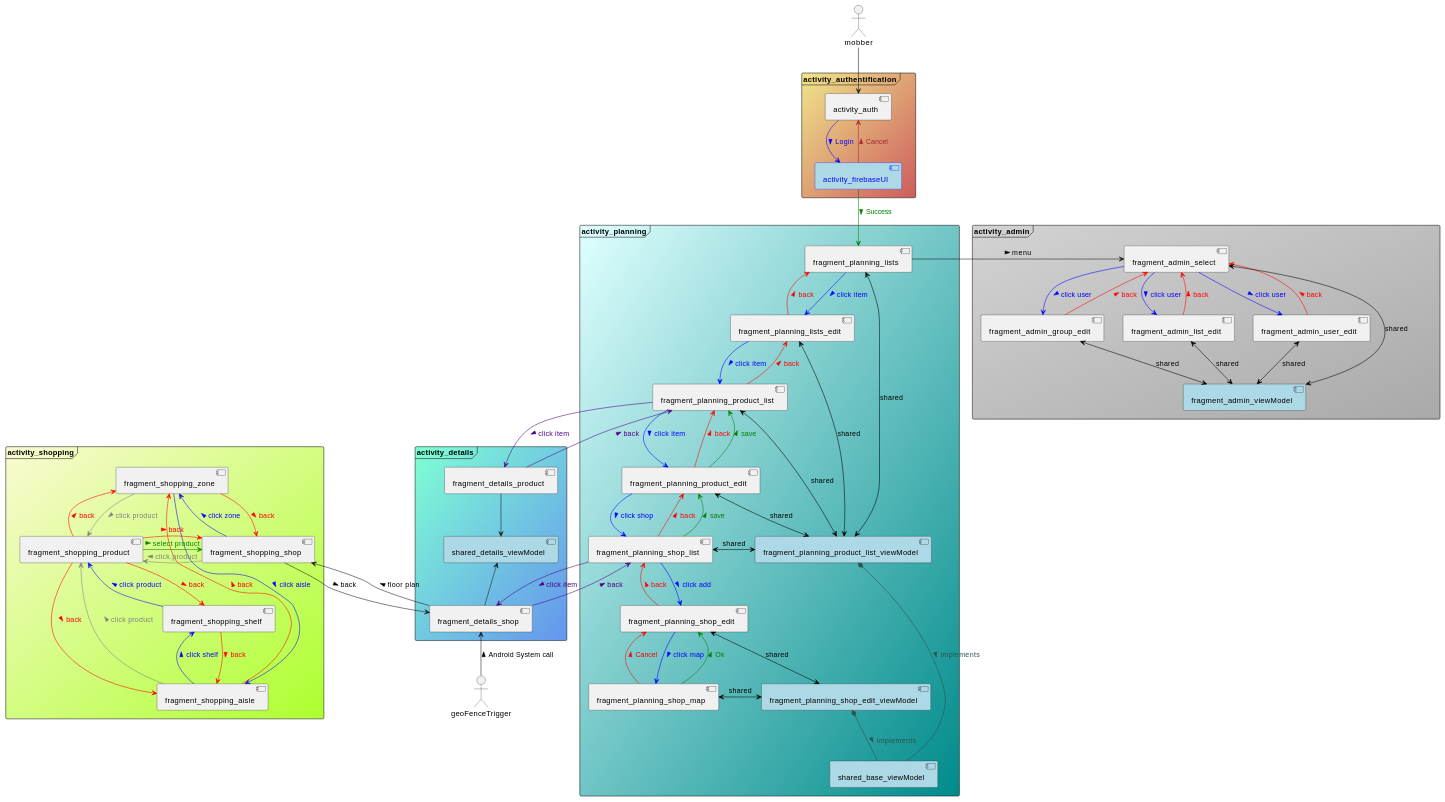
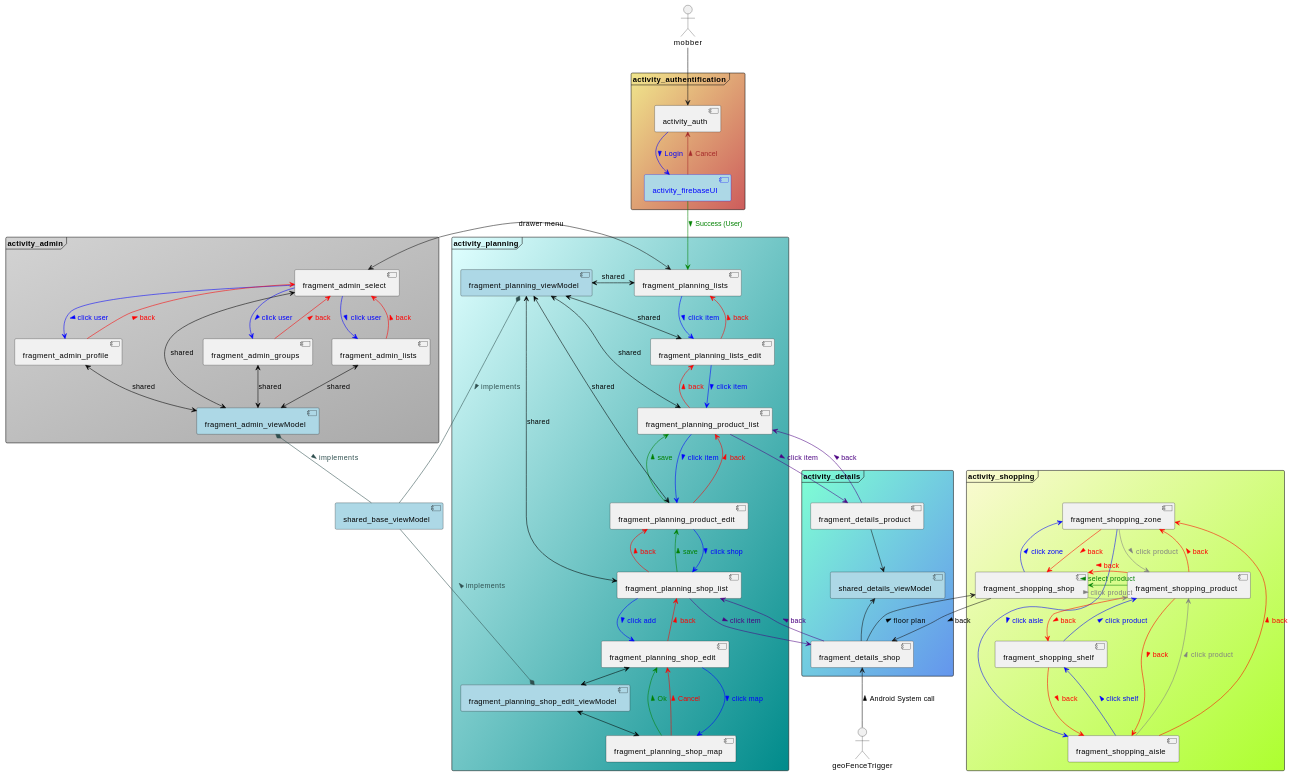
One commit to fwornle/ShopMob changed the diagram in doc/puml/navigation.md. Above: the diagram before and after it, drawn with PlantUML.

Commit message:
navigation architecture updated

```diff
--- a/doc/puml/navigation.md
+++ b/doc/puml/navigation.md
@@ -34,6 +34,9 @@
 
 }
 
+
+component shared_base_viewModel #lightblue
+
 frame "activity_planning" #Lightcyan/Darkcyan {
     
     component fragment_planning_lists
@@ -44,10 +47,8 @@
     component fragment_planning_shop_edit
     component fragment_planning_shop_map
     
-    component fragment_planning_product_list_viewModel #lightblue
+    component fragment_planning_viewModel #lightblue
     component fragment_planning_shop_edit_viewModel #lightblue
-
-    component shared_base_viewModel #lightblue
 
     
     fragment_planning_lists_edit -down-> fragment_planning_lists #red;text:red : back > 
@@ -71,15 +72,15 @@
     fragment_planning_shop_map -down-> fragment_planning_shop_edit #green;text:green : Ok >
     fragment_planning_shop_map -down-> fragment_planning_shop_edit #red;text:red : Cancel > 
 
-    fragment_planning_product_list_viewModel <-left-> fragment_planning_lists #black : shared
-    fragment_planning_product_list_viewModel <-left-> fragment_planning_lists_edit #black : shared
-    fragment_planning_product_list_viewModel <-left-> fragment_planning_product_list #black : shared
-    fragment_planning_product_list_viewModel <-left-> fragment_planning_product_edit #black : shared
-    fragment_planning_product_list_viewModel <-left-> fragment_planning_shop_list #black : shared
+    fragment_planning_viewModel <-right-> fragment_planning_lists #black : shared
+    fragment_planning_viewModel <-left-> fragment_planning_lists_edit #black : shared
+    fragment_planning_viewModel <-left-> fragment_planning_product_list #black : shared
+    fragment_planning_viewModel <-left-> fragment_planning_product_edit #black : shared
+    fragment_planning_viewModel <-left-> fragment_planning_shop_list #black : shared
     fragment_planning_shop_edit_viewModel <-left-> fragment_planning_shop_edit #black : shared
-    fragment_planning_shop_edit_viewModel <-left-> fragment_planning_shop_map #black : shared
+    fragment_planning_shop_edit_viewModel <-right-> fragment_planning_shop_map #black : shared
 
-    fragment_planning_product_list_viewModel *-down- shared_base_viewModel #DarkSlateGray;text:DarkSlateGray : implements >
+    fragment_planning_viewModel *-left- shared_base_viewModel #DarkSlateGray;text:DarkSlateGray : implements >
     fragment_planning_shop_edit_viewModel *-down- shared_base_viewModel #DarkSlateGray;text:DarkSlateGray : implements >
 
 }
@@ -115,28 +116,30 @@
 frame "activity_admin" #Lightgrey/Darkgray {
     
     component fragment_admin_select
-    component fragment_admin_user_edit
-    component fragment_admin_group_edit
-    component fragment_admin_list_edit
+    component fragment_admin_profile
+    component fragment_admin_groups
+    component fragment_admin_lists
     
     component fragment_admin_viewModel #lightblue
 
 
-    fragment_planning_lists -right-> fragment_admin_select : menu >
+    fragment_planning_lists <-right-> fragment_admin_select : drawer menu
     
-    fragment_admin_select -down-> fragment_admin_user_edit #blue;text:blue : click user >
-    fragment_admin_user_edit -> fragment_admin_select #red;text:red : back >
+    fragment_admin_select -down-> fragment_admin_profile #blue;text:blue : click user >
+    fragment_admin_profile -> fragment_admin_select #red;text:red : back >
 
-    fragment_admin_select -down-> fragment_admin_group_edit #blue;text:blue : click user >
-    fragment_admin_group_edit -> fragment_admin_select #red;text:red : back >
+    fragment_admin_select -down-> fragment_admin_groups #blue;text:blue : click user >
+    fragment_admin_groups -> fragment_admin_select #red;text:red : back >
     
-    fragment_admin_select -down-> fragment_admin_list_edit #blue;text:blue : click user >
-    fragment_admin_list_edit -> fragment_admin_select #red;text:red : back >
+    fragment_admin_select -down-> fragment_admin_lists #blue;text:blue : click user >
+    fragment_admin_lists -> fragment_admin_select #red;text:red : back >
     
     fragment_admin_select <-right-> fragment_admin_viewModel #black : shared
-    fragment_admin_user_edit <-down-> fragment_admin_viewModel #black : shared
-    fragment_admin_group_edit <-down-> fragment_admin_viewModel #black : shared
-    fragment_admin_list_edit <-down-> fragment_admin_viewModel #black : shared
+    fragment_admin_profile <-down-> fragment_admin_viewModel #black : shared
+    fragment_admin_groups <-down-> fragment_admin_viewModel #black : shared
+    fragment_admin_lists <-down-> fragment_admin_viewModel #black : shared
+
+    fragment_admin_viewModel *-down- shared_base_viewModel #DarkSlateGray;text:DarkSlateGray : implements >
 
 }
 
@@ -150,7 +153,7 @@
     
     activity_auth -down-> activity_firebaseUI #blue;text:blue : Login >
     activity_firebaseUI -down-> activity_auth #brown;text:brown : Cancel >
-    activity_firebaseUI -down-> fragment_planning_lists #green;text:green : Success >
+    activity_firebaseUI -down-> fragment_planning_lists #green;text:green : Success (User) >
 
 }
 
```
